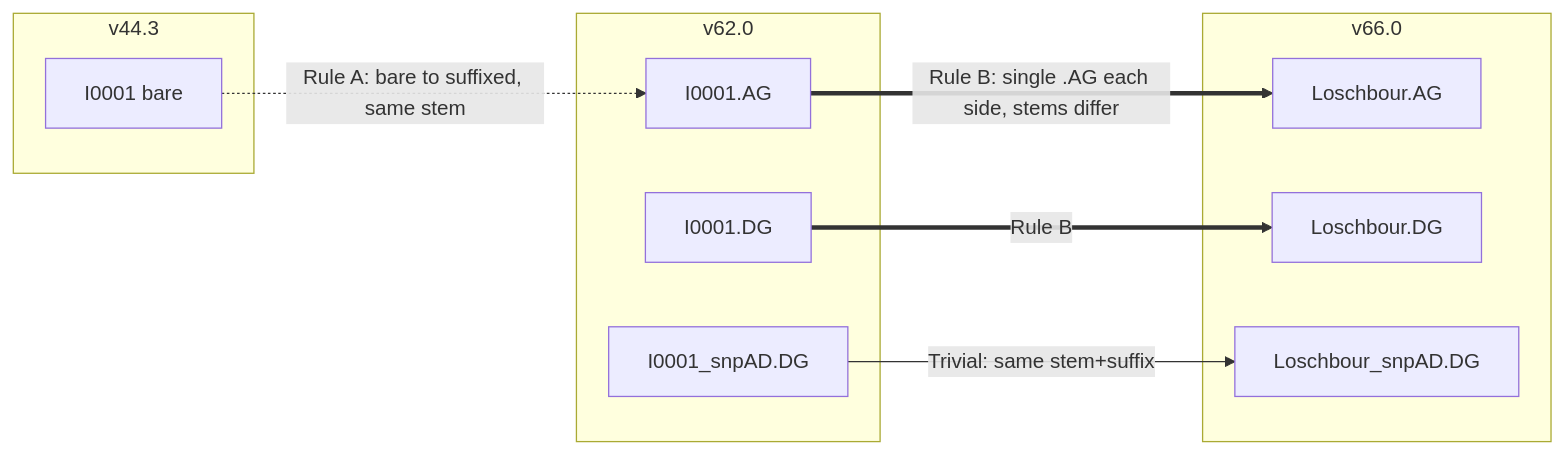
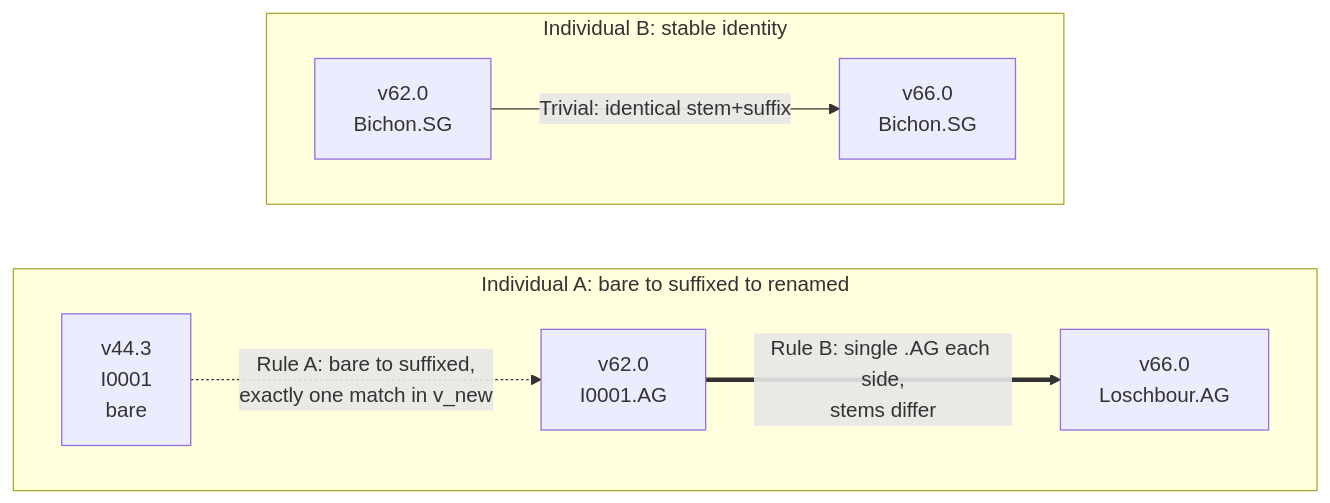
Before and after one commit to carstenerickson/aadr-resolve: the first of 3 diagrams in DEVELOPMENT.md, drawn with Mermaid. The commit also changed other lines of this file, not shown here.

First line of the commit message:
docs: critical-review fixes to the three mermaid diagrams

````diff
--- a/DEVELOPMENT.md
+++ b/DEVELOPMENT.md
@@ -128,20 +130,17 @@
 ```mermaid
 flowchart LR
-    subgraph v44 [v44.3]
-        v44_bare[I0001 bare]
+    subgraph A [Individual A: bare to suffixed to renamed]
+        direction LR
+        v44a[v44.3<br/>I0001<br/>bare]
+        v62a[v62.0<br/>I0001.AG]
+        v66a[v66.0<br/>Loschbour.AG]
     end
-    subgraph v62 [v62.0]
-        v62_AG[I0001.AG]
-        v62_DG[I0001.DG]
-        v62_snp[I0001_snpAD.DG]
+    subgraph B [Individual B: stable identity]
+        direction LR
+        v62b[v62.0<br/>Bichon.SG]
+        v66b[v66.0<br/>Bichon.SG]
     end
-    subgraph v66 [v66.0]
-        v66_AG[Loschbour.AG]
-        v66_DG[Loschbour.DG]
-        v66_snp[Loschbour_snpAD.DG]
-    end
-    v44_bare -.->|Rule A: bare to suffixed, same stem| v62_AG
-    v62_AG ==>|Rule B: single .AG each side, stems differ| v66_AG
-    v62_DG ==>|Rule B| v66_DG
-    v62_snp -->|Trivial: same stem+suffix| v66_snp
+    v44a -.->|Rule A: bare to suffixed,<br/>exactly one match in v_new| v62a
+    v62a ==>|Rule B: single .AG each side,<br/>stems differ| v66a
+    v62b -->|Trivial: identical stem+suffix| v66b
 ```
````
